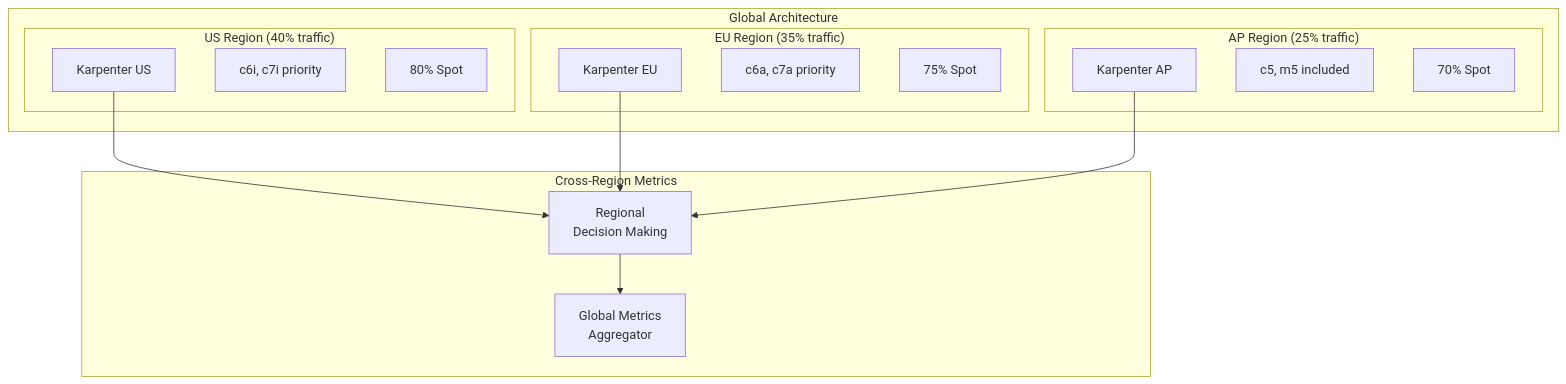
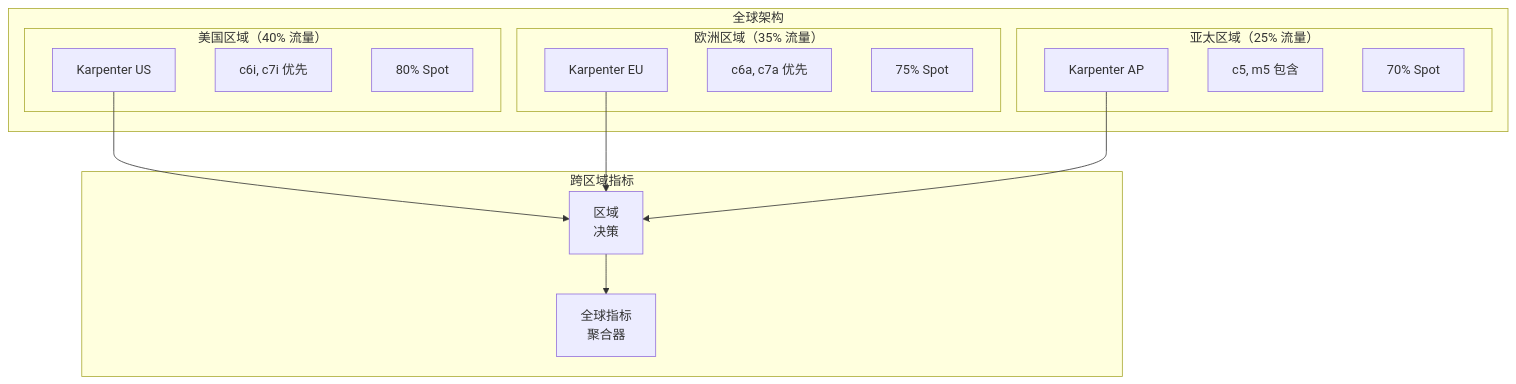
One commit to devfloor9/engineering-playbook changed diagram 14 of 18 in i18n/zh/docusaurus-plugin-content-docs/current/infrastructure-optimization/karpenter-autoscaling.md. Above: the diagram before and after it, drawn with Mermaid. The commit also changed other lines of this file and 43 other files, not shown here.

````diff
--- a/i18n/zh/docusaurus-plugin-content-docs/current/infrastructure-optimization/karpenter-autoscaling.md
+++ b/i18n/zh/docusaurus-plugin-content-docs/current/infrastructure-optimization/karpenter-autoscaling.md
@@ -634,34 +884,34 @@
 ```mermaid
 graph TB
-    subgraph "Global Architecture"
-        subgraph "US Region (40% traffic)"
+    subgraph "全球架构"
+        subgraph "美国区域（40% 流量）"
             US_KARP[Karpenter US]
-            US_TYPES[c6i, c7i priority]
+            US_TYPES[c6i, c7i 优先]
             US_SPOT[80% Spot]
         end
 
-        subgraph "EU Region (35% traffic)"
+        subgraph "欧洲区域（35% 流量）"
             EU_KARP[Karpenter EU]
-            EU_TYPES[c6a, c7a priority]
+            EU_TYPES[c6a, c7a 优先]
             EU_SPOT[75% Spot]
         end
 
-        subgraph "AP Region (25% traffic)"
+        subgraph "亚太区域（25% 流量）"
             AP_KARP[Karpenter AP]
-            AP_TYPES[c5, m5 included]
+            AP_TYPES[c5, m5 包含]
             AP_SPOT[70% Spot]
         end
     end
 
-    subgraph "Cross-Region Metrics"
-        GLOBAL[Global Metrics<br/>Aggregator]
-        REGIONAL[Regional<br/>Decision Making]
+    subgraph "跨区域指标"
+        GLOBAL[全球指标<br/>聚合器]
+        REGIONAL[区域<br/>决策]
     end
 
     US_KARP --> REGIONAL
     EU_KARP --> REGIONAL
     AP_KARP --> REGIONAL
 
     REGIONAL --> GLOBAL
 
 ```
````
